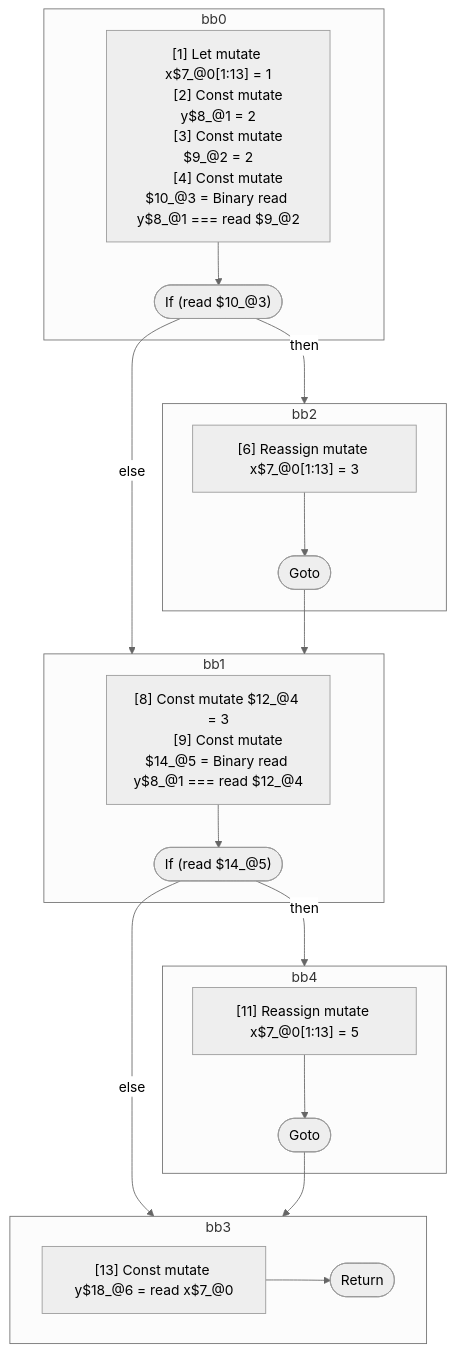
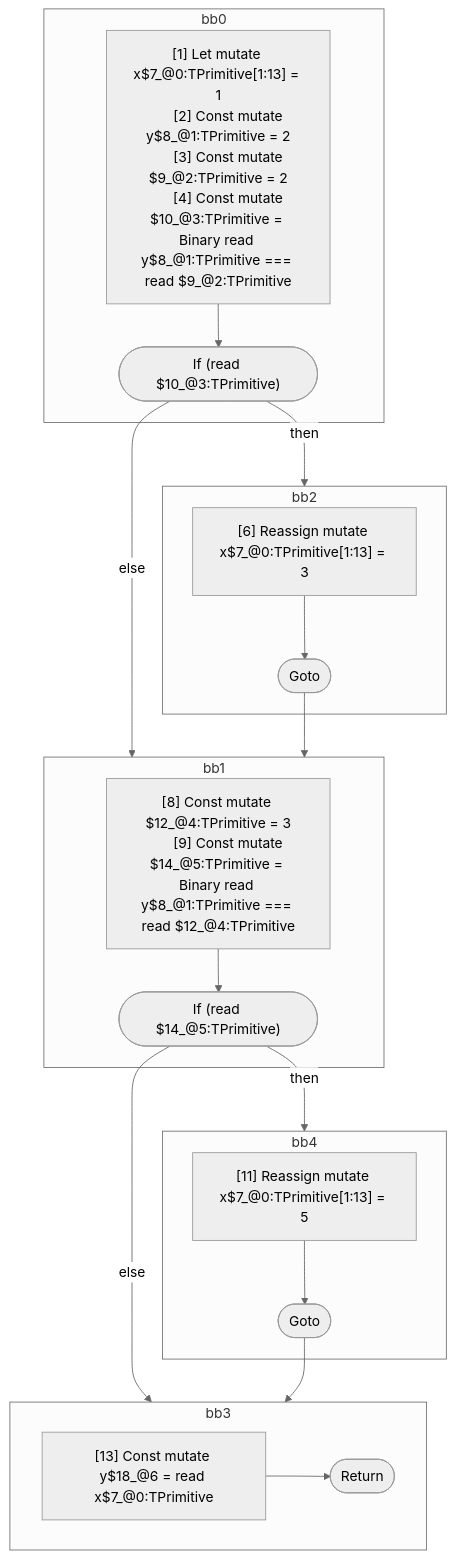
The diagram in compiler/forget/src/__tests__/fixtures/hir/ssa-complex-multiple-if.expect.md (wutsmog/private), drawn with Mermaid (neutral theme) before and after one commit. The commit also changed other lines of this file and 112 other files, not shown here.

````diff
--- a/compiler/forget/src/__tests__/fixtures/hir/ssa-complex-multiple-if.expect.md
+++ b/compiler/forget/src/__tests__/fixtures/hir/ssa-complex-multiple-if.expect.md
@@ -83,47 +83,47 @@
 ```mermaid
 flowchart TB
   %% Basic Blocks
   subgraph bb0
     bb0_instrs["
-      [1] Let mutate x$7_@0[1:13] = 1
-      [2] Const mutate y$8_@1 = 2
-      [3] Const mutate $9_@2 = 2
-      [4] Const mutate $10_@3 = Binary read y$8_@1 === read $9_@2
+      [1] Let mutate x$7_@0:TPrimitive[1:13] = 1
+      [2] Const mutate y$8_@1:TPrimitive = 2
+      [3] Const mutate $9_@2:TPrimitive = 2
+      [4] Const mutate $10_@3:TPrimitive = Binary read y$8_@1:TPrimitive === read $9_@2:TPrimitive
     "]
-    bb0_instrs --> bb0_terminal(["If (read $10_@3)"])
+    bb0_instrs --> bb0_terminal(["If (read $10_@3:TPrimitive)"])
   end
   subgraph bb2
     bb2_instrs["
-      [6] Reassign mutate x$7_@0[1:13] = 3
+      [6] Reassign mutate x$7_@0:TPrimitive[1:13] = 3
     "]
     bb2_instrs --> bb2_terminal(["Goto"])
   end
   subgraph bb1
     bb1_instrs["
-      [8] Const mutate $12_@4 = 3
-      [9] Const mutate $14_@5 = Binary read y$8_@1 === read $12_@4
+      [8] Const mutate $12_@4:TPrimitive = 3
+      [9] Const mutate $14_@5:TPrimitive = Binary read y$8_@1:TPrimitive === read $12_@4:TPrimitive
     "]
-    bb1_instrs --> bb1_terminal(["If (read $14_@5)"])
+    bb1_instrs --> bb1_terminal(["If (read $14_@5:TPrimitive)"])
   end
   subgraph bb4
     bb4_instrs["
-      [11] Reassign mutate x$7_@0[1:13] = 5
+      [11] Reassign mutate x$7_@0:TPrimitive[1:13] = 5
     "]
     bb4_instrs --> bb4_terminal(["Goto"])
   end
   subgraph bb3
     bb3_instrs["
-      [13] Const mutate y$18_@6 = read x$7_@0
+      [13] Const mutate y$18_@6 = read x$7_@0:TPrimitive
     "]
     bb3_instrs --> bb3_terminal(["Return"])
   end
 
   %% Jumps
   bb0_terminal -- "then" --> bb2
   bb0_terminal -- "else" --> bb1
   bb2_terminal --> bb1
   bb1_terminal -- "then" --> bb4
   bb1_terminal -- "else" --> bb3
   bb4_terminal --> bb3
 
 ```
````
